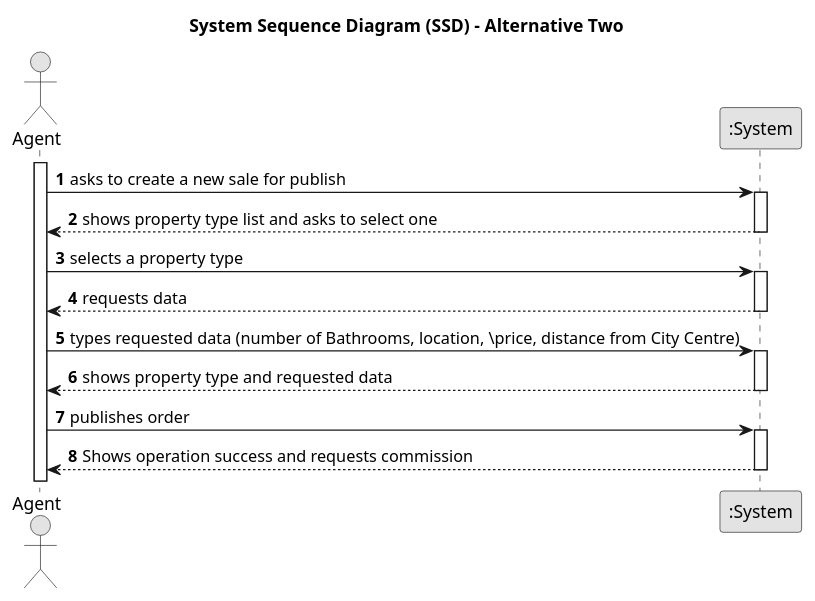
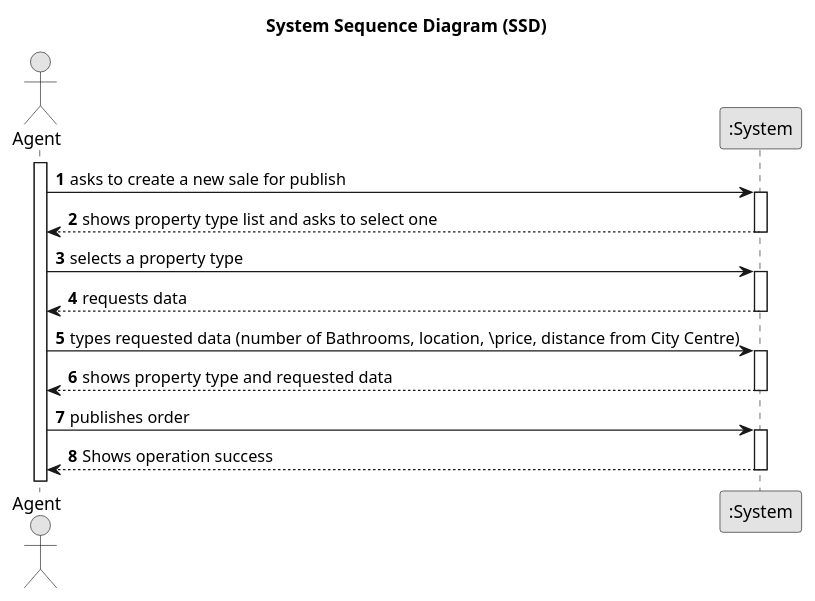
The diagram in docs/sprintA/us002/01.requirements-engineering/puml/us002-system-sequence-diagram-alternative-two.puml (Goncalves2525/real-estate-management-system), drawn with PlantUML before and after one commit. The commit also changed 30 other files, not shown here.

```diff
--- a/docs/sprintA/us002/01.requirements-engineering/puml/us002-system-sequence-diagram-alternative-two.puml
+++ b/docs/sprintA/us002/01.requirements-engineering/puml/us002-system-sequence-diagram-alternative-two.puml
@@ -1,38 +1,38 @@
 @startuml
 skinparam monochrome true
 skinparam packageStyle rectangle
 skinparam shadowing false
 
-title System Sequence Diagram (SSD) - Alternative Two
+title System Sequence Diagram (SSD)
 
 autonumber
 
 actor "Agent" as Agent
 participant ":System" as System
 
 activate Agent
 
     Agent -> System : asks to create a new sale for publish
     activate System
 
         System --> Agent : shows property type list and asks to select one
     deactivate System
 
     Agent -> System : selects a property type
     activate System
 
         System --> Agent : requests data
     deactivate System
 
     Agent -> System : types requested data (number of Bathrooms, location, \price, distance from City Centre)
     activate System
 
         System --> Agent : shows property type and requested data
     deactivate System
 
     Agent -> System : publishes order
     activate System
 
-        System --> Agent : Shows operation success and requests commission
+        System --> Agent : Shows operation success
     deactivate System
 @enduml
```
